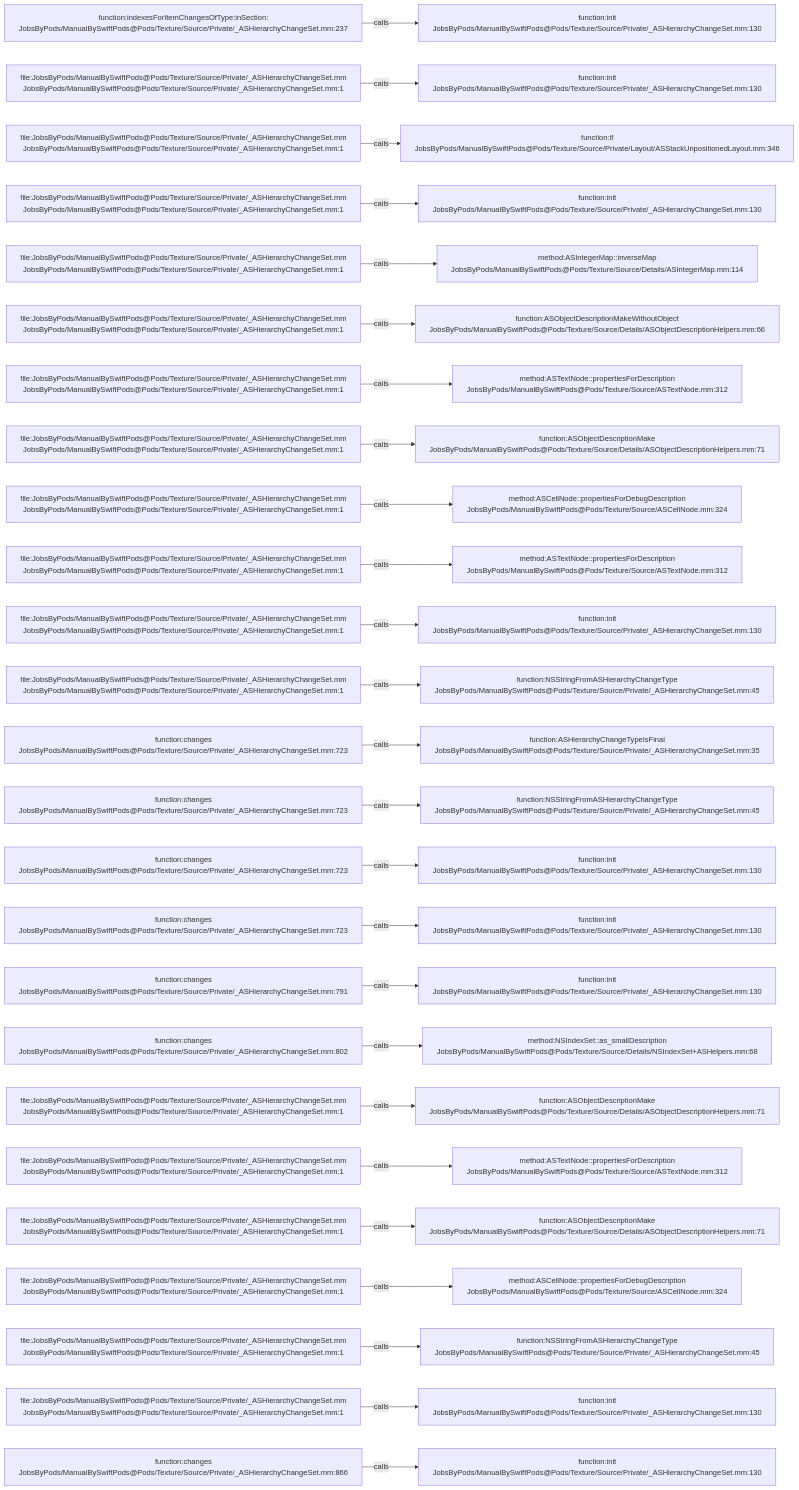
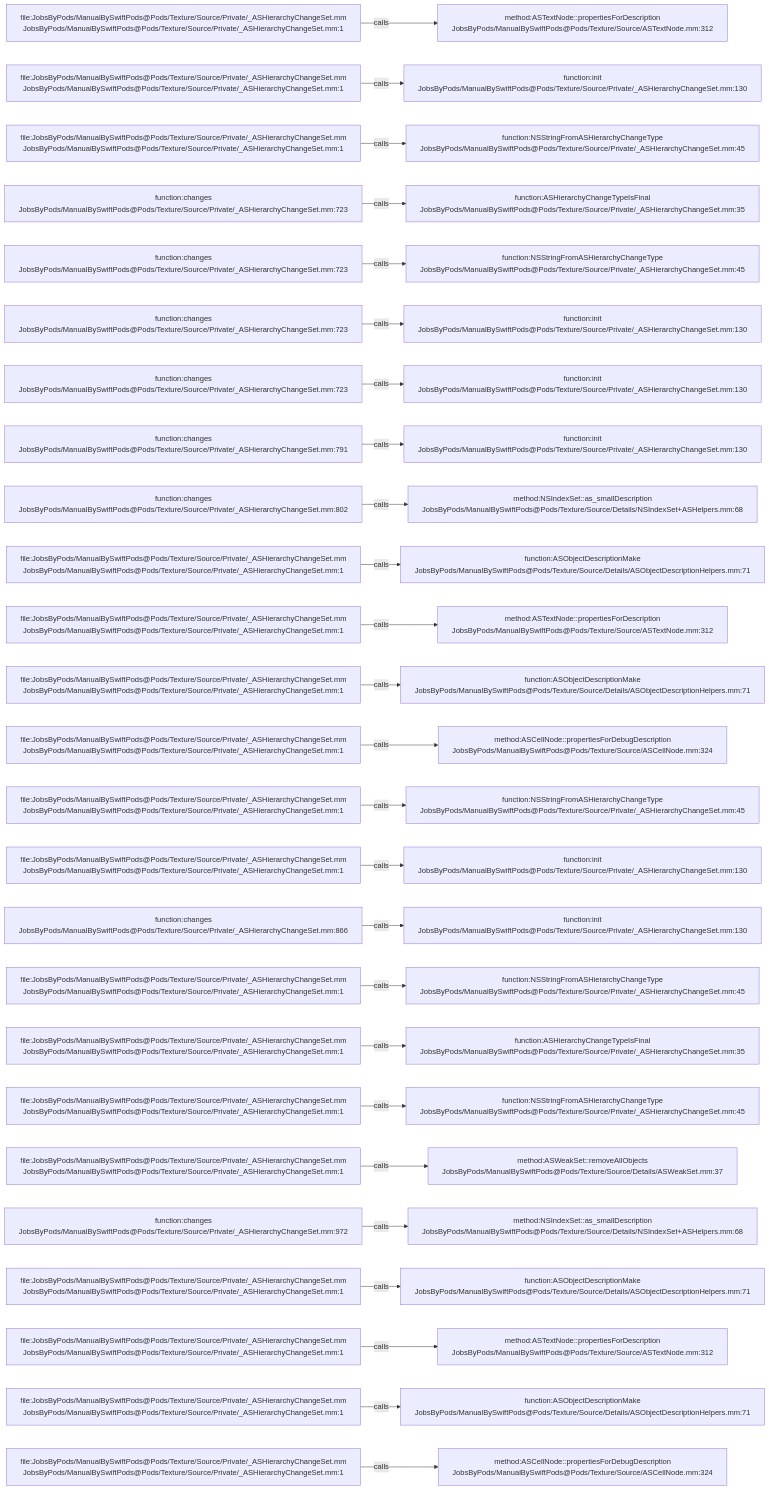
The diagram in .codegraph/codegraph.md/graphs/calls-129.md (JobsKits/JobsSwiftBaseConfigDemo), drawn with Mermaid before and after one commit. The commit also changed 707 other files, not shown here.

````diff
--- a/.codegraph/codegraph.md/graphs/calls-129.md
+++ b/.codegraph/codegraph.md/graphs/calls-129.md
@@ -13,78 +13,78 @@
 ```mermaid
 flowchart LR
-  S1["function:indexesForItemChangesOfType:inSection:<br/>JobsByPods/ManualBySwiftPods@Pods/Texture/Source/Private/_ASHierarchyChangeSet.mm:237"]
-  T1["function:init<br/>JobsByPods/ManualBySwiftPods@Pods/Texture/Source/Private/_ASHierarchyChangeSet.mm:130"]
+  S1["file:JobsByPods/ManualBySwiftPods@Pods/Texture/Source/Private/_ASHierarchyChangeSet.mm<br/>JobsByPods/ManualBySwiftPods@Pods/Texture/Source/Private/_ASHierarchyChangeSet.mm:1"]
+  T1["method:ASTextNode::propertiesForDescription<br/>JobsByPods/ManualBySwiftPods@Pods/Texture/Source/ASTextNode.mm:312"]
   S1 -->|calls| T1
   S2["file:JobsByPods/ManualBySwiftPods@Pods/Texture/Source/Private/_ASHierarchyChangeSet.mm<br/>JobsByPods/ManualBySwiftPods@Pods/Texture/Source/Private/_ASHierarchyChangeSet.mm:1"]
   T2["function:init<br/>JobsByPods/ManualBySwiftPods@Pods/Texture/Source/Private/_ASHierarchyChangeSet.mm:130"]
   S2 -->|calls| T2
   S3["file:JobsByPods/ManualBySwiftPods@Pods/Texture/Source/Private/_ASHierarchyChangeSet.mm<br/>JobsByPods/ManualBySwiftPods@Pods/Texture/Source/Private/_ASHierarchyChangeSet.mm:1"]
-  T3["function:if<br/>JobsByPods/ManualBySwiftPods@Pods/Texture/Source/Private/Layout/ASStackUnpositionedLayout.mm:346"]
+  T3["function:NSStringFromASHierarchyChangeType<br/>JobsByPods/ManualBySwiftPods@Pods/Texture/Source/Private/_ASHierarchyChangeSet.mm:45"]
   S3 -->|calls| T3
-  S4["file:JobsByPods/ManualBySwiftPods@Pods/Texture/Source/Private/_ASHierarchyChangeSet.mm<br/>JobsByPods/ManualBySwiftPods@Pods/Texture/Source/Private/_ASHierarchyChangeSet.mm:1"]
-  T4["function:init<br/>JobsByPods/ManualBySwiftPods@Pods/Texture/Source/Private/_ASHierarchyChangeSet.mm:130"]
+  S4["function:changes<br/>JobsByPods/ManualBySwiftPods@Pods/Texture/Source/Private/_ASHierarchyChangeSet.mm:723"]
+  T4["function:ASHierarchyChangeTypeIsFinal<br/>JobsByPods/ManualBySwiftPods@Pods/Texture/Source/Private/_ASHierarchyChangeSet.mm:35"]
   S4 -->|calls| T4
-  S5["file:JobsByPods/ManualBySwiftPods@Pods/Texture/Source/Private/_ASHierarchyChangeSet.mm<br/>JobsByPods/ManualBySwiftPods@Pods/Texture/Source/Private/_ASHierarchyChangeSet.mm:1"]
-  T5["method:ASIntegerMap::inverseMap<br/>JobsByPods/ManualBySwiftPods@Pods/Texture/Source/Details/ASIntegerMap.mm:114"]
+  S5["function:changes<br/>JobsByPods/ManualBySwiftPods@Pods/Texture/Source/Private/_ASHierarchyChangeSet.mm:723"]
+  T5["function:NSStringFromASHierarchyChangeType<br/>JobsByPods/ManualBySwiftPods@Pods/Texture/Source/Private/_ASHierarchyChangeSet.mm:45"]
   S5 -->|calls| T5
-  S6["file:JobsByPods/ManualBySwiftPods@Pods/Texture/Source/Private/_ASHierarchyChangeSet.mm<br/>JobsByPods/ManualBySwiftPods@Pods/Texture/Source/Private/_ASHierarchyChangeSet.mm:1"]
-  T6["function:ASObjectDescriptionMakeWithoutObject<br/>JobsByPods/ManualBySwiftPods@Pods/Texture/Source/Details/ASObjectDescriptionHelpers.mm:66"]
+  S6["function:changes<br/>JobsByPods/ManualBySwiftPods@Pods/Texture/Source/Private/_ASHierarchyChangeSet.mm:723"]
+  T6["function:init<br/>JobsByPods/ManualBySwiftPods@Pods/Texture/Source/Private/_ASHierarchyChangeSet.mm:130"]
   S6 -->|calls| T6
-  S7["file:JobsByPods/ManualBySwiftPods@Pods/Texture/Source/Private/_ASHierarchyChangeSet.mm<br/>JobsByPods/ManualBySwiftPods@Pods/Texture/Source/Private/_ASHierarchyChangeSet.mm:1"]
-  T7["method:ASTextNode::propertiesForDescription<br/>JobsByPods/ManualBySwiftPods@Pods/Texture/Source/ASTextNode.mm:312"]
+  S7["function:changes<br/>JobsByPods/ManualBySwiftPods@Pods/Texture/Source/Private/_ASHierarchyChangeSet.mm:723"]
+  T7["function:init<br/>JobsByPods/ManualBySwiftPods@Pods/Texture/Source/Private/_ASHierarchyChangeSet.mm:130"]
   S7 -->|calls| T7
-  S8["file:JobsByPods/ManualBySwiftPods@Pods/Texture/Source/Private/_ASHierarchyChangeSet.mm<br/>JobsByPods/ManualBySwiftPods@Pods/Texture/Source/Private/_ASHierarchyChangeSet.mm:1"]
-  T8["function:ASObjectDescriptionMake<br/>JobsByPods/ManualBySwiftPods@Pods/Texture/Source/Details/ASObjectDescriptionHelpers.mm:71"]
+  S8["function:changes<br/>JobsByPods/ManualBySwiftPods@Pods/Texture/Source/Private/_ASHierarchyChangeSet.mm:791"]
+  T8["function:init<br/>JobsByPods/ManualBySwiftPods@Pods/Texture/Source/Private/_ASHierarchyChangeSet.mm:130"]
   S8 -->|calls| T8
-  S9["file:JobsByPods/ManualBySwiftPods@Pods/Texture/Source/Private/_ASHierarchyChangeSet.mm<br/>JobsByPods/ManualBySwiftPods@Pods/Texture/Source/Private/_ASHierarchyChangeSet.mm:1"]
-  T9["method:ASCellNode::propertiesForDebugDescription<br/>JobsByPods/ManualBySwiftPods@Pods/Texture/Source/ASCellNode.mm:324"]
+  S9["function:changes<br/>JobsByPods/ManualBySwiftPods@Pods/Texture/Source/Private/_ASHierarchyChangeSet.mm:802"]
+  T9["method:NSIndexSet::as_smallDescription<br/>JobsByPods/ManualBySwiftPods@Pods/Texture/Source/Details/NSIndexSet+ASHelpers.mm:68"]
   S9 -->|calls| T9
   S10["file:JobsByPods/ManualBySwiftPods@Pods/Texture/Source/Private/_ASHierarchyChangeSet.mm<br/>JobsByPods/ManualBySwiftPods@Pods/Texture/Source/Private/_ASHierarchyChangeSet.mm:1"]
-  T10["method:ASTextNode::propertiesForDescription<br/>JobsByPods/ManualBySwiftPods@Pods/Texture/Source/ASTextNode.mm:312"]
+  T10["function:ASObjectDescriptionMake<br/>JobsByPods/ManualBySwiftPods@Pods/Texture/Source/Details/ASObjectDescriptionHelpers.mm:71"]
   S10 -->|calls| T10
   S11["file:JobsByPods/ManualBySwiftPods@Pods/Texture/Source/Private/_ASHierarchyChangeSet.mm<br/>JobsByPods/ManualBySwiftPods@Pods/Texture/Source/Private/_ASHierarchyChangeSet.mm:1"]
-  T11["function:init<br/>JobsByPods/ManualBySwiftPods@Pods/Texture/Source/Private/_ASHierarchyChangeSet.mm:130"]
+  T11["method:ASTextNode::propertiesForDescription<br/>JobsByPods/ManualBySwiftPods@Pods/Texture/Source/ASTextNode.mm:312"]
   S11 -->|calls| T11
   S12["file:JobsByPods/ManualBySwiftPods@Pods/Texture/Source/Private/_ASHierarchyChangeSet.mm<br/>JobsByPods/ManualBySwiftPods@Pods/Texture/Source/Private/_ASHierarchyChangeSet.mm:1"]
-  T12["function:NSStringFromASHierarchyChangeType<br/>JobsByPods/ManualBySwiftPods@Pods/Texture/Source/Private/_ASHierarchyChangeSet.mm:45"]
+  T12["function:ASObjectDescriptionMake<br/>JobsByPods/ManualBySwiftPods@Pods/Texture/Source/Details/ASObjectDescriptionHelpers.mm:71"]
   S12 -->|calls| T12
-  S13["function:changes<br/>JobsByPods/ManualBySwiftPods@Pods/Texture/Source/Private/_ASHierarchyChangeSet.mm:723"]
-  T13["function:ASHierarchyChangeTypeIsFinal<br/>JobsByPods/ManualBySwiftPods@Pods/Texture/Source/Private/_ASHierarchyChangeSet.mm:35"]
+  S13["file:JobsByPods/ManualBySwiftPods@Pods/Texture/Source/Private/_ASHierarchyChangeSet.mm<br/>JobsByPods/ManualBySwiftPods@Pods/Texture/Source/Private/_ASHierarchyChangeSet.mm:1"]
+  T13["method:ASCellNode::propertiesForDebugDescription<br/>JobsByPods/ManualBySwiftPods@Pods/Texture/Source/ASCellNode.mm:324"]
   S13 -->|calls| T13
-  S14["function:changes<br/>JobsByPods/ManualBySwiftPods@Pods/Texture/Source/Private/_ASHierarchyChangeSet.mm:723"]
+  S14["file:JobsByPods/ManualBySwiftPods@Pods/Texture/Source/Private/_ASHierarchyChangeSet.mm<br/>JobsByPods/ManualBySwiftPods@Pods/Texture/Source/Private/_ASHierarchyChangeSet.mm:1"]
   T14["function:NSStringFromASHierarchyChangeType<br/>JobsByPods/ManualBySwiftPods@Pods/Texture/Source/Private/_ASHierarchyChangeSet.mm:45"]
   S14 -->|calls| T14
-  S15["function:changes<br/>JobsByPods/ManualBySwiftPods@Pods/Texture/Source/Private/_ASHierarchyChangeSet.mm:723"]
+  S15["file:JobsByPods/ManualBySwiftPods@Pods/Texture/Source/Private/_ASHierarchyChangeSet.mm<br/>JobsByPods/ManualBySwiftPods@Pods/Texture/Source/Private/_ASHierarchyChangeSet.mm:1"]
   T15["function:init<br/>JobsByPods/ManualBySwiftPods@Pods/Texture/Source/Private/_ASHierarchyChangeSet.mm:130"]
   S15 -->|calls| T15
-  S16["function:changes<br/>JobsByPods/ManualBySwiftPods@Pods/Texture/Source/Private/_ASHierarchyChangeSet.mm:723"]
+  S16["function:changes<br/>JobsByPods/ManualBySwiftPods@Pods/Texture/Source/Private/_ASHierarchyChangeSet.mm:866"]
   T16["function:init<br/>JobsByPods/ManualBySwiftPods@Pods/Texture/Source/Private/_ASHierarchyChangeSet.mm:130"]
   S16 -->|calls| T16
-  S17["function:changes<br/>JobsByPods/ManualBySwiftPods@Pods/Texture/Source/Private/_ASHierarchyChangeSet.mm:791"]
-  T17["function:init<br/>JobsByPods/ManualBySwiftPods@Pods/Texture/Source/Private/_ASHierarchyChangeSet.mm:130"]
+  S17["file:JobsByPods/ManualBySwiftPods@Pods/Texture/Source/Private/_ASHierarchyChangeSet.mm<br/>JobsByPods/ManualBySwiftPods@Pods/Texture/Source/Private/_ASHierarchyChangeSet.mm:1"]
+  T17["function:NSStringFromASHierarchyChangeType<br/>JobsByPods/ManualBySwiftPods@Pods/Texture/Source/Private/_ASHierarchyChangeSet.mm:45"]
   S17 -->|calls| T17
-  S18["function:changes<br/>JobsByPods/ManualBySwiftPods@Pods/Texture/Source/Private/_ASHierarchyChangeSet.mm:802"]
-  T18["method:NSIndexSet::as_smallDescription<br/>JobsByPods/ManualBySwiftPods@Pods/Texture/Source/Details/NSIndexSet+ASHelpers.mm:68"]
+  S18["file:JobsByPods/ManualBySwiftPods@Pods/Texture/Source/Private/_ASHierarchyChangeSet.mm<br/>JobsByPods/ManualBySwiftPods@Pods/Texture/Source/Private/_ASHierarchyChangeSet.mm:1"]
+  T18["function:ASHierarchyChangeTypeIsFinal<br/>JobsByPods/ManualBySwiftPods@Pods/Texture/Source/Private/_ASHierarchyChangeSet.mm:35"]
   S18 -->|calls| T18
   S19["file:JobsByPods/ManualBySwiftPods@Pods/Texture/Source/Private/_ASHierarchyChangeSet.mm<br/>JobsByPods/ManualBySwiftPods@Pods/Texture/Source/Private/_ASHierarchyChangeSet.mm:1"]
-  T19["function:ASObjectDescriptionMake<br/>JobsByPods/ManualBySwiftPods@Pods/Texture/Source/Details/ASObjectDescriptionHelpers.mm:71"]
+  T19["function:NSStringFromASHierarchyChangeType<br/>JobsByPods/ManualBySwiftPods@Pods/Texture/Source/Private/_ASHierarchyChangeSet.mm:45"]
   S19 -->|calls| T19
   S20["file:JobsByPods/ManualBySwiftPods@Pods/Texture/Source/Private/_ASHierarchyChangeSet.mm<br/>JobsByPods/ManualBySwiftPods@Pods/Texture/Source/Private/_ASHierarchyChangeSet.mm:1"]
-  T20["method:ASTextNode::propertiesForDescription<br/>JobsByPods/ManualBySwiftPods@Pods/Texture/Source/ASTextNode.mm:312"]
+  T20["method:ASWeakSet::removeAllObjects<br/>JobsByPods/ManualBySwiftPods@Pods/Texture/Source/Details/ASWeakSet.mm:37"]
   S20 -->|calls| T20
-  S21["file:JobsByPods/ManualBySwiftPods@Pods/Texture/Source/Private/_ASHierarchyChangeSet.mm<br/>JobsByPods/ManualBySwiftPods@Pods/Texture/Source/Private/_ASHierarchyChangeSet.mm:1"]
-  T21["function:ASObjectDescriptionMake<br/>JobsByPods/ManualBySwiftPods@Pods/Texture/Source/Details/ASObjectDescriptionHelpers.mm:71"]
+  S21["function:changes<br/>JobsByPods/ManualBySwiftPods@Pods/Texture/Source/Private/_ASHierarchyChangeSet.mm:972"]
+  T21["method:NSIndexSet::as_smallDescription<br/>JobsByPods/ManualBySwiftPods@Pods/Texture/Source/Details/NSIndexSet+ASHelpers.mm:68"]
   S21 -->|calls| T21
   S22["file:JobsByPods/ManualBySwiftPods@Pods/Texture/Source/Private/_ASHierarchyChangeSet.mm<br/>JobsByPods/ManualBySwiftPods@Pods/Texture/Source/Private/_ASHierarchyChangeSet.mm:1"]
-  T22["method:ASCellNode::propertiesForDebugDescription<br/>JobsByPods/ManualBySwiftPods@Pods/Texture/Source/ASCellNode.mm:324"]
+  T22["function:ASObjectDescriptionMake<br/>JobsByPods/ManualBySwiftPods@Pods/Texture/Source/Details/ASObjectDescriptionHelpers.mm:71"]
   S22 -->|calls| T22
   S23["file:JobsByPods/ManualBySwiftPods@Pods/Texture/Source/Private/_ASHierarchyChangeSet.mm<br/>JobsByPods/ManualBySwiftPods@Pods/Texture/Source/Private/_ASHierarchyChangeSet.mm:1"]
-  T23["function:NSStringFromASHierarchyChangeType<br/>JobsByPods/ManualBySwiftPods@Pods/Texture/Source/Private/_ASHierarchyChangeSet.mm:45"]
+  T23["method:ASTextNode::propertiesForDescription<br/>JobsByPods/ManualBySwiftPods@Pods/Texture/Source/ASTextNode.mm:312"]
   S23 -->|calls| T23
   S24["file:JobsByPods/ManualBySwiftPods@Pods/Texture/Source/Private/_ASHierarchyChangeSet.mm<br/>JobsByPods/ManualBySwiftPods@Pods/Texture/Source/Private/_ASHierarchyChangeSet.mm:1"]
-  T24["function:init<br/>JobsByPods/ManualBySwiftPods@Pods/Texture/Source/Private/_ASHierarchyChangeSet.mm:130"]
+  T24["function:ASObjectDescriptionMake<br/>JobsByPods/ManualBySwiftPods@Pods/Texture/Source/Details/ASObjectDescriptionHelpers.mm:71"]
   S24 -->|calls| T24
-  S25["function:changes<br/>JobsByPods/ManualBySwiftPods@Pods/Texture/Source/Private/_ASHierarchyChangeSet.mm:866"]
-  T25["function:init<br/>JobsByPods/ManualBySwiftPods@Pods/Texture/Source/Private/_ASHierarchyChangeSet.mm:130"]
+  S25["file:JobsByPods/ManualBySwiftPods@Pods/Texture/Source/Private/_ASHierarchyChangeSet.mm<br/>JobsByPods/ManualBySwiftPods@Pods/Texture/Source/Private/_ASHierarchyChangeSet.mm:1"]
+  T25["method:ASCellNode::propertiesForDebugDescription<br/>JobsByPods/ManualBySwiftPods@Pods/Texture/Source/ASCellNode.mm:324"]
   S25 -->|calls| T25
 ```
````
